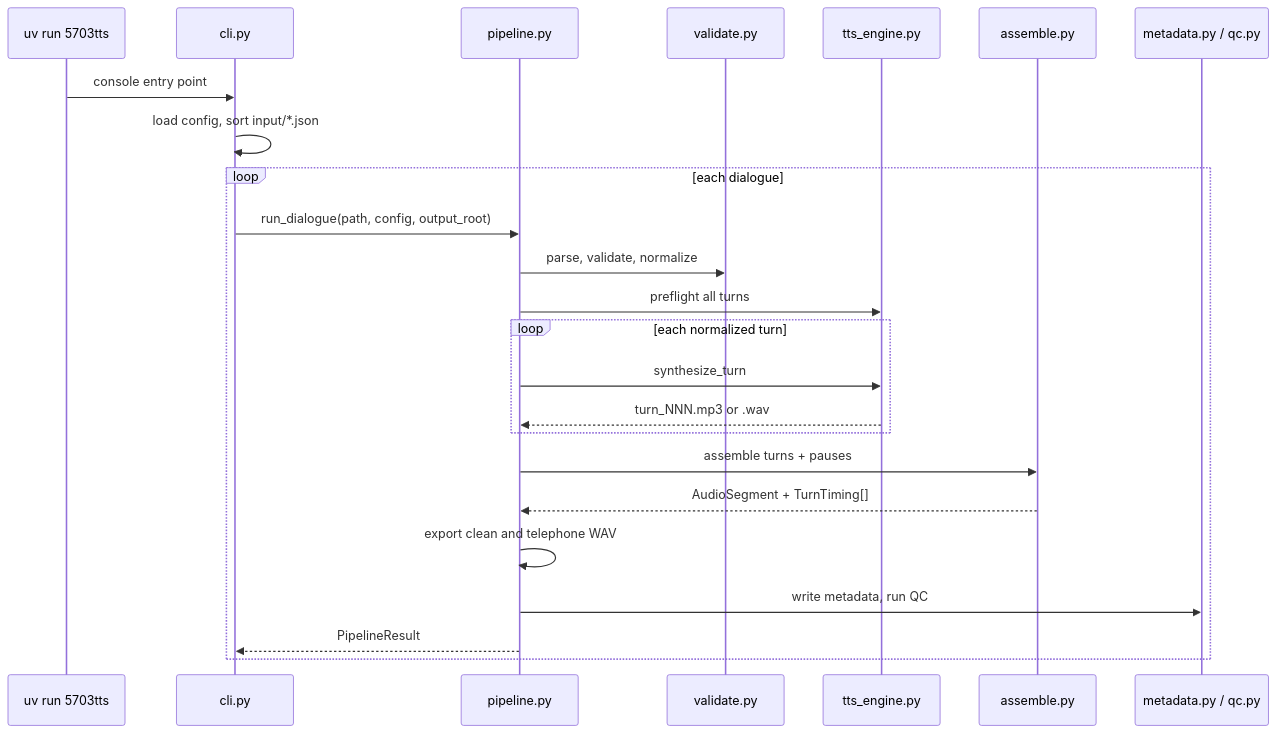
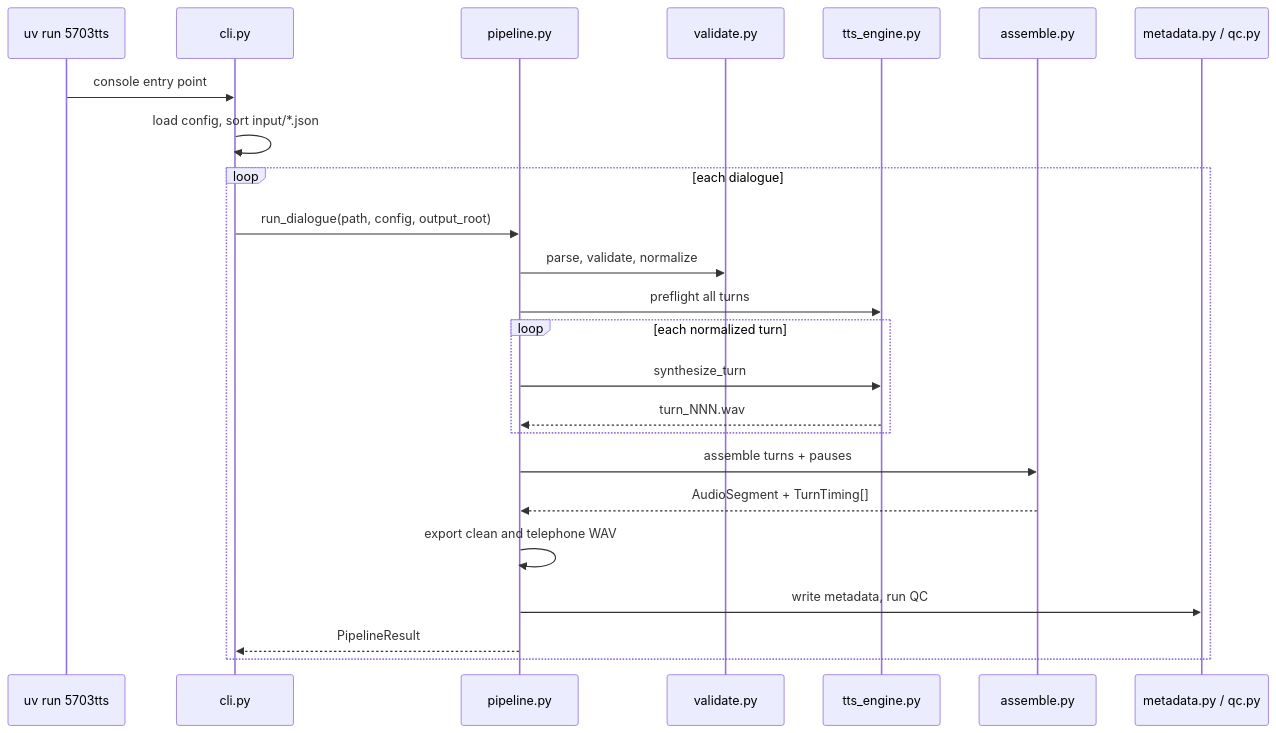
The second of 3 diagrams in docs/ARCHITECTURE.md (Li-PengSheng/5703tts), drawn with Mermaid before and after one commit. The commit also changed other lines of this file and 21 other files, not shown here.

````diff
--- a/docs/ARCHITECTURE.md
+++ b/docs/ARCHITECTURE.md
@@ -81,27 +81,27 @@
 ```mermaid
 sequenceDiagram
     participant U as uv run 5703tts
     participant C as cli.py
     participant P as pipeline.py
     participant V as validate.py
     participant T as tts_engine.py
     participant A as assemble.py
     participant M as metadata.py / qc.py
 
     U->>C: console entry point
     C->>C: load config, sort input/*.json
     loop each dialogue
         C->>P: run_dialogue(path, config, output_root)
         P->>V: parse, validate, normalize
         P->>T: preflight all turns
         loop each normalized turn
             P->>T: synthesize_turn
-            T-->>P: turn_NNN.mp3 or .wav
+            T-->>P: turn_NNN.wav
         end
         P->>A: assemble turns + pauses
         A-->>P: AudioSegment + TurnTiming[]
         P->>P: export clean and telephone WAV
         P->>M: write metadata, run QC
         P-->>C: PipelineResult
     end
 ```
````
